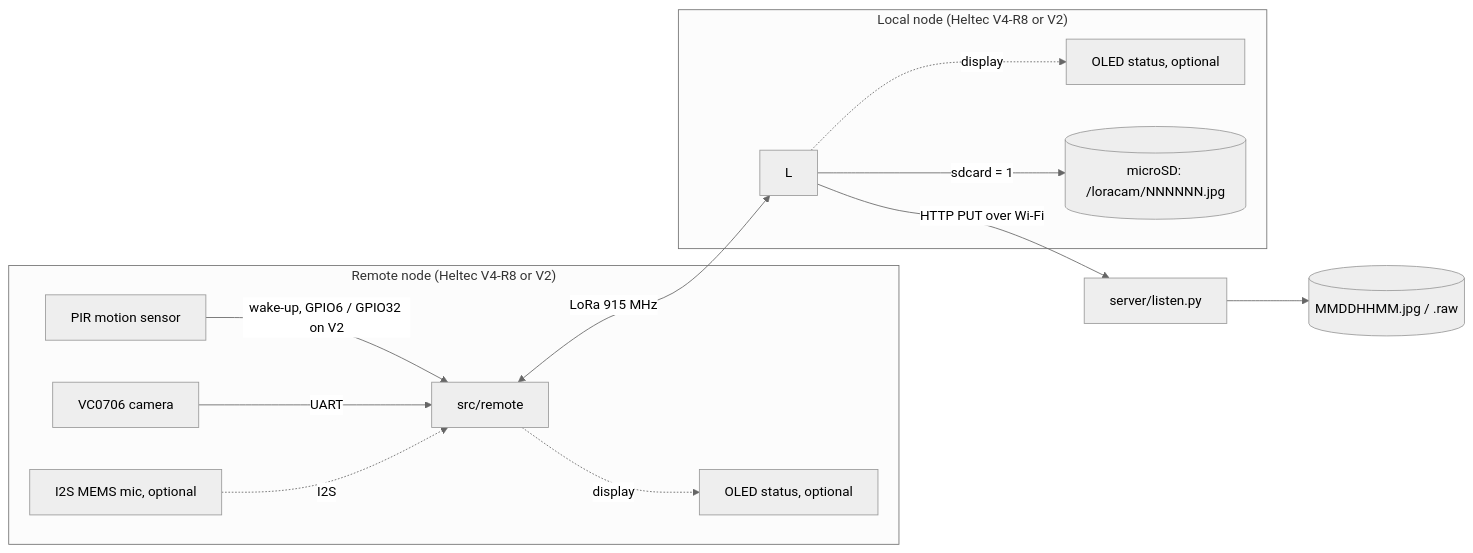
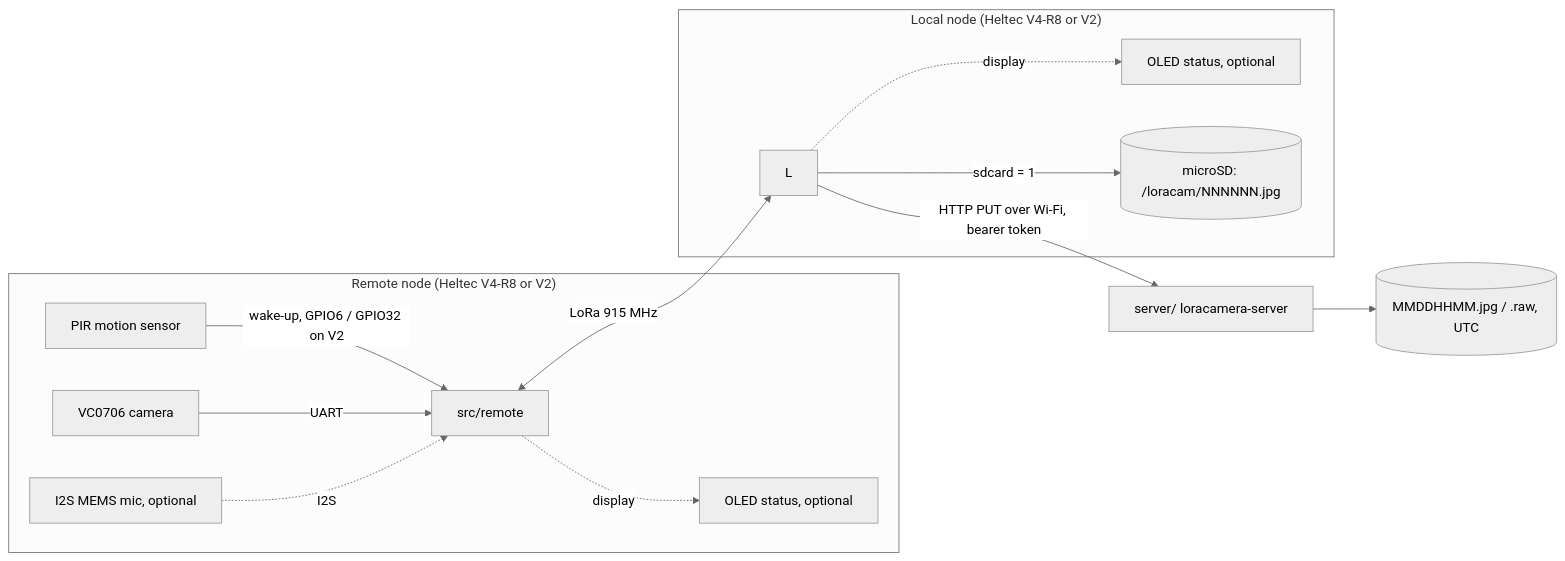
One commit to gfnord/loracamera changed the diagram in docs/README.md. Above: the diagram before and after it, drawn with Mermaid (neutral theme). The commit also changed other lines of this file and 20 other files, not shown here.

````diff
--- a/docs/README.md
+++ b/docs/README.md
@@ -5,16 +5,16 @@
 ```mermaid
 flowchart LR
     subgraph Field["Remote node (Heltec V4-R8 or V2)"]
         PIR[PIR motion sensor] -->|wake-up, GPIO6 / GPIO32 on V2| R
         CAM[VC0706 camera] -->|UART| R[src/remote]
         MIC[I2S MEMS mic, optional] -.->|I2S| R
         R -.->|display| ROLED[OLED status, optional]
     end
     subgraph Base["Local node (Heltec V4-R8 or V2)"]
         L -.->|display| OLED[OLED status, optional]
         L -->|sdcard = 1| SD[(microSD: /loracam/NNNNNN.jpg)]
     end
     R <-->|LoRa 915 MHz| L
-    L -->|HTTP PUT over Wi-Fi| S[server/listen.py]
-    S --> F[(MMDDHHMM.jpg / .raw)]
+    L -->|HTTP PUT over Wi-Fi, bearer token| S[server/ loracamera-server]
+    S --> F[(MMDDHHMM.jpg / .raw, UTC)]
 ```
````
